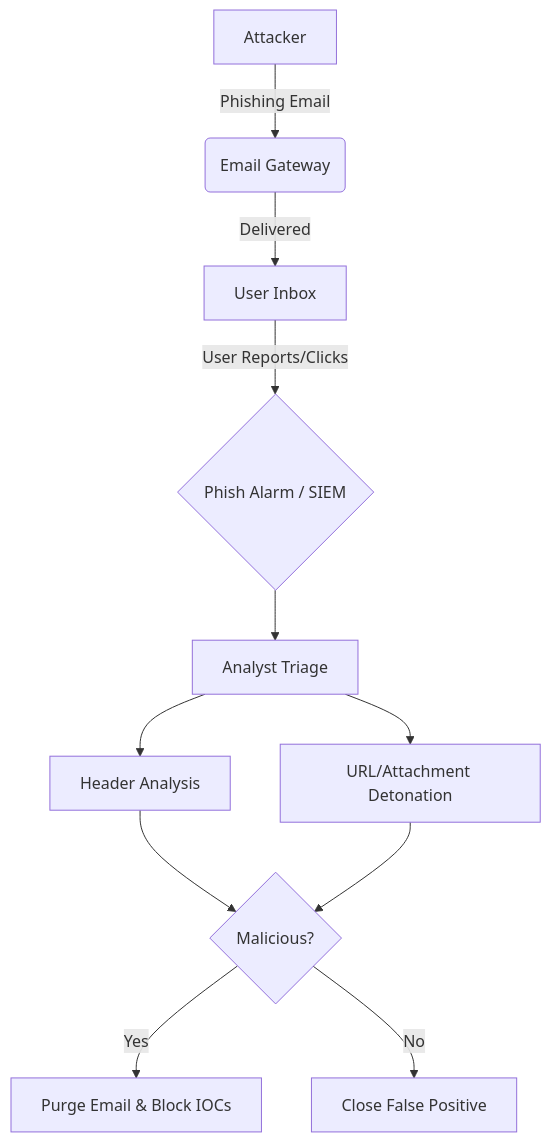
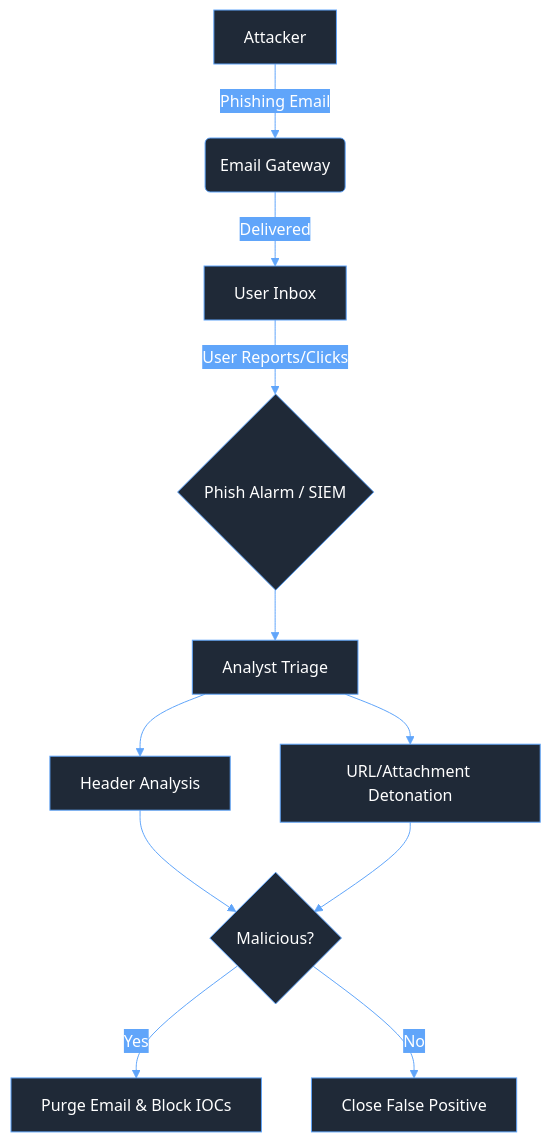
Before and after one commit to gurvinny/security-analyst-portfolio: the diagram in soc-playbooks/phishing-response.md, drawn with Mermaid. The commit also changed 6 other files, not shown here.

First line of the commit message:
docs: Apply aesthetic theme to Mermaid graphs and remove THM embed

````diff
--- a/soc-playbooks/phishing-response.md
+++ b/soc-playbooks/phishing-response.md
@@ -16,13 +16,14 @@
 ```mermaid
+%%{init: {'theme': 'base', 'themeVariables': { 'primaryColor': '#1F2937', 'primaryTextColor': '#ffffff', 'primaryBorderColor': '#60A5FA', 'lineColor': '#60A5FA', 'secondaryColor': '#60A5FA', 'tertiaryColor': '#1F2937'}}}%%
 graph TD
     A[Attacker] -->|Phishing Email| B(Email Gateway)
     B -->|Delivered| C[User Inbox]
     C -->|User Reports/Clicks| D{Phish Alarm / SIEM}
     D --> E[Analyst Triage]
     E --> F[Header Analysis]
     E --> G[URL/Attachment Detonation]
     F --> H{Malicious?}
     G --> H
     H -->|Yes| I[Purge Email & Block IOCs]
     H -->|No| J[Close False Positive]
 ```
````
